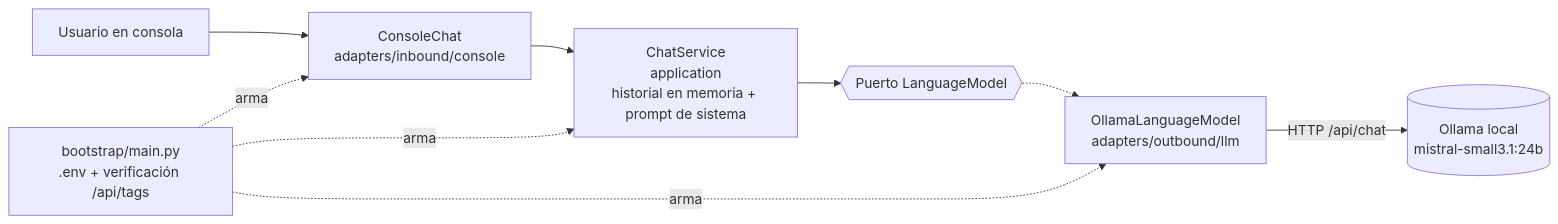
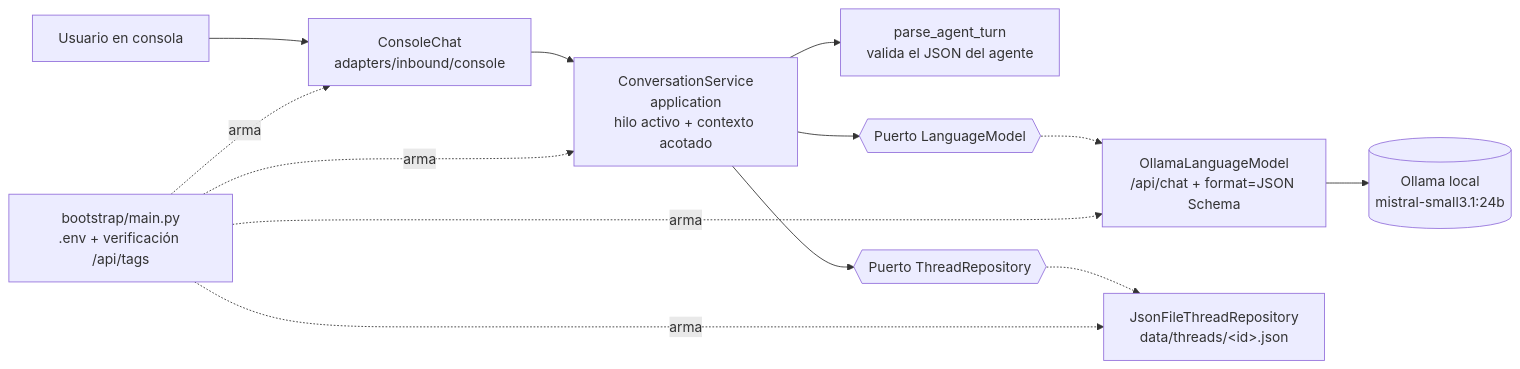
Before and after one commit to NicolasCastilloGaleano/chatbot-cardio-materno: the third of 4 diagrams in docs/02-arquitectura/arquitectura.md, drawn with Mermaid. The commit also changed other lines of this file and 42 other files, not shown here.

First line of the commit message:
feat(conversation): hilos conversacionales con respuesta JSON del agente (HU-06)

````diff
--- a/docs/02-arquitectura/arquitectura.md
+++ b/docs/02-arquitectura/arquitectura.md
@@ -83,9 +83,12 @@
 ```mermaid
 flowchart LR
     U[Usuario en consola] --> CC[ConsoleChat<br/>adapters/inbound/console]
-    CC --> CS[ChatService<br/>application<br/>historial en memoria + prompt de sistema]
+    CC --> CS[ConversationService<br/>application<br/>hilo activo + contexto acotado]
+    CS --> AT[parse_agent_turn<br/>valida el JSON del agente]
     CS --> LM{{Puerto LanguageModel}}
-    LM -.-> OL[OllamaLanguageModel<br/>adapters/outbound/llm]
-    OL -- HTTP /api/chat --> OLL[(Ollama local<br/>mistral-small3.1:24b)]
-    B[bootstrap/main.py<br/>.env + verificación /api/tags] -. arma .-> CC & CS & OL
+    CS --> TR{{Puerto ThreadRepository}}
+    LM -.-> OL[OllamaLanguageModel<br/>/api/chat + format=JSON Schema]
+    OL --> OLL[(Ollama local<br/>mistral-small3.1:24b)]
+    TR -.-> JR[JsonFileThreadRepository<br/>data/threads/&lt;id&gt;.json]
+    B[bootstrap/main.py<br/>.env + verificación /api/tags] -. arma .-> CC & CS & OL & JR
 ```
````
